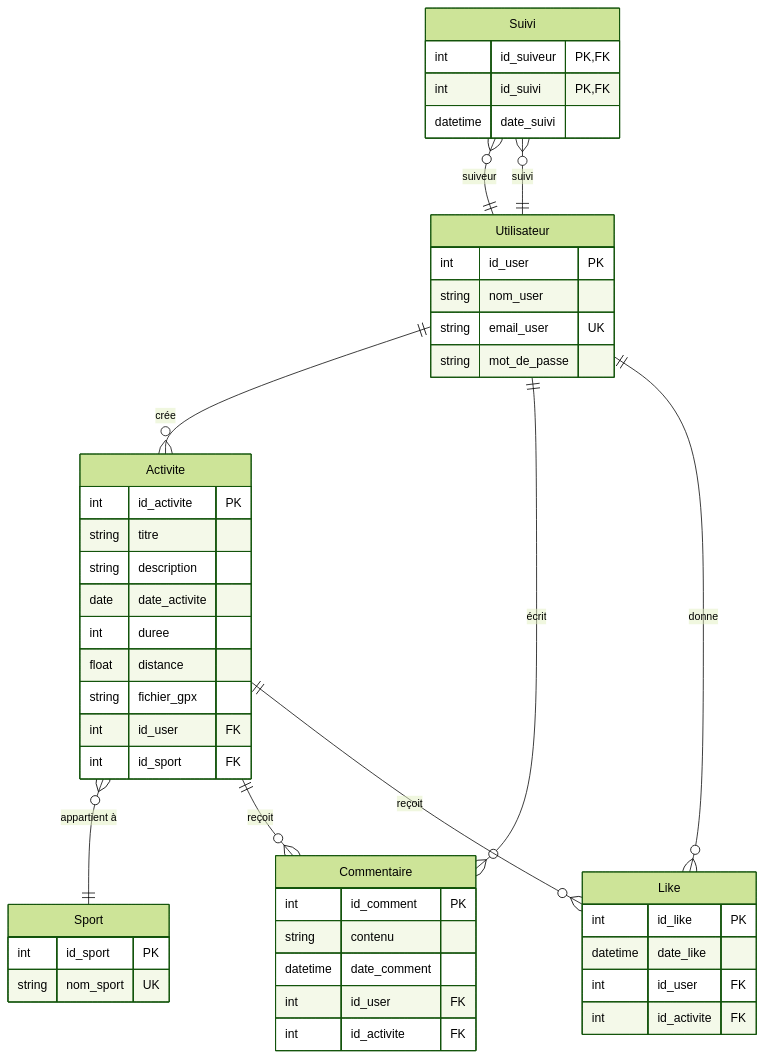
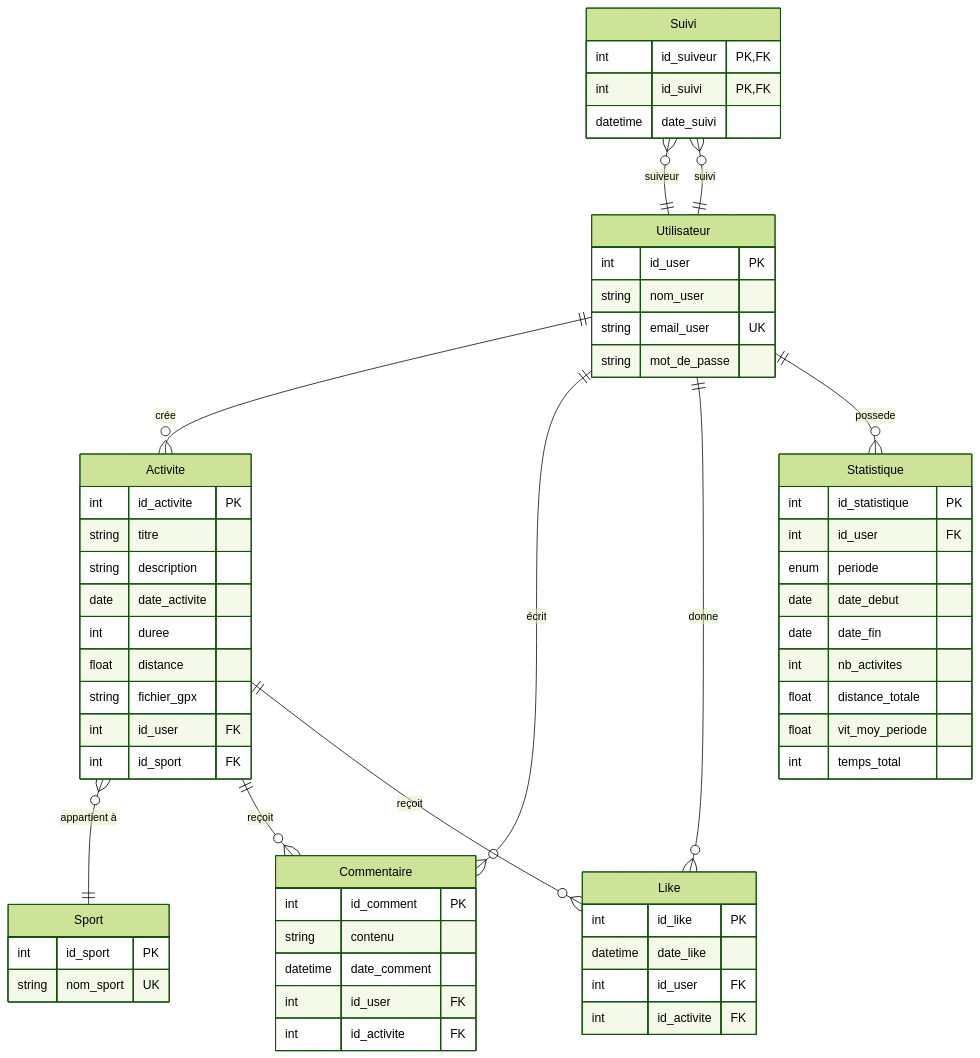
Before and after one commit to TeodoraHub/Info-2A-Strava: the diagram in doc/modèle_physique_données.md, drawn with Mermaid (forest theme).

Commit message:
Ajout de la table "Statistiques"

````diff
--- a/doc/modèle_physique_données.md
+++ b/doc/modèle_physique_données.md
@@ -1,60 +1,70 @@
 ```mermaid
 erDiagram
     Utilisateur {
         int id_user PK
         string nom_user
         string email_user UK
         string mot_de_passe
     }
 
     Sport {
         int id_sport PK
         string nom_sport UK
     }
 
     Activite {
         int id_activite PK
         string titre
         string description
         date date_activite
         int duree
         float distance
         string fichier_gpx
         int id_user FK
         int id_sport FK
     }
 
     Commentaire {
         int id_comment PK
         string contenu
         datetime date_comment
         int id_user FK
         int id_activite FK
     }
 
     Like {
         int id_like PK
         datetime date_like
         int id_user FK
         int id_activite FK
     }
 
     Suivi {
         int id_suiveur PK, FK
         int id_suivi PK, FK
         datetime date_suivi
     }
-
+ Statistique {
+        int id_statistique PK
+        int id_user FK
+        enum periode
+        date date_debut
+        date date_fin
+        int nb_activites
+        float distance_totale
+        float vit_moy_periode
+        int temps_total
+    }
 
     %% Relations
     Utilisateur ||--o{ Activite : "crée"
     Utilisateur ||--o{ Commentaire : "écrit"
     Utilisateur ||--o{ Like : "donne"
-
+    Utilisateur ||--o{ Statistique : possede
     Activite }o--|| Sport : "appartient à"
     Activite ||--o{ Commentaire : "reçoit"
     Activite ||--o{ Like : "reçoit"
 
     Suivi }o--|| Utilisateur : "suiveur"
     Suivi }o--|| Utilisateur : "suivi"
 ```
````
